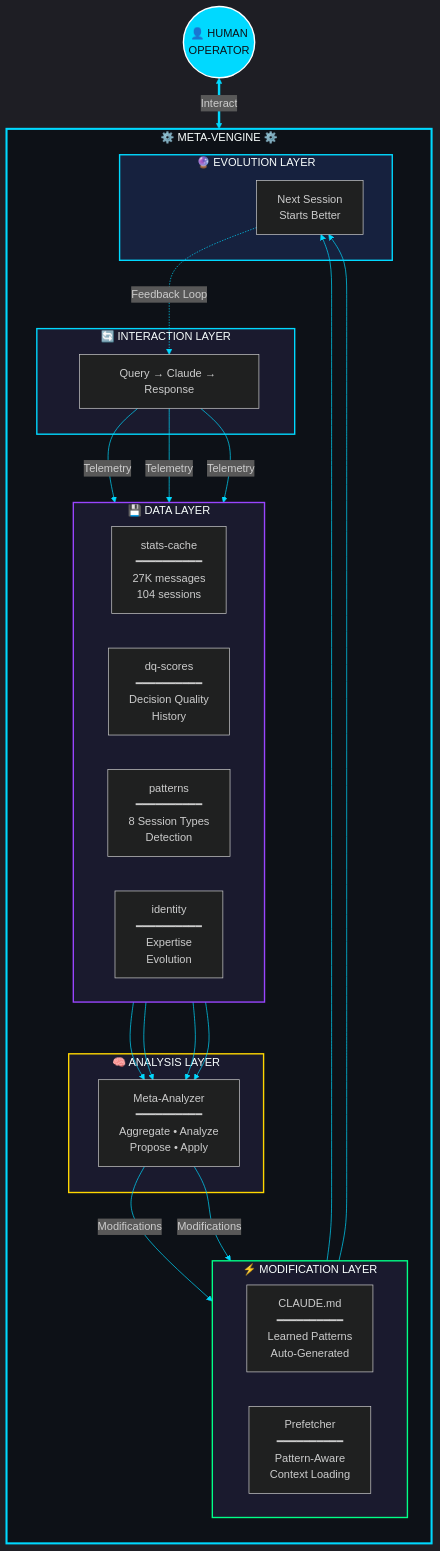
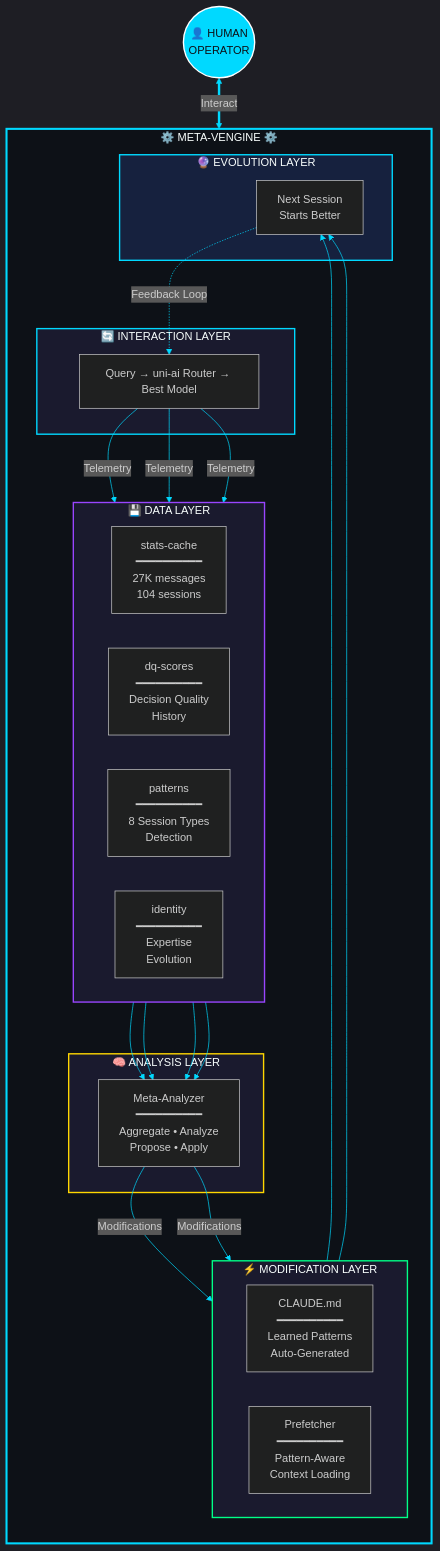
One commit to Dicoangelo/meta-vengine changed the diagram in README.md. Above: the diagram before and after it, drawn with Mermaid. The commit also changed other lines of this file, not shown here.

````diff
--- a/README.md
+++ b/README.md
@@ -70,57 +73,57 @@
 ```mermaid
 %%{init: {'theme': 'dark', 'themeVariables': { 'primaryColor': '#00d9ff', 'primaryTextColor': '#fff', 'primaryBorderColor': '#00d9ff', 'lineColor': '#00d9ff', 'secondaryColor': '#1a1a2e', 'tertiaryColor': '#0d1117', 'clusterBkg': '#0d1117', 'clusterBorder': '#00d9ff'}}}%%
 flowchart TB
     subgraph METAVENGINE["⚙️ META-VENGINE ⚙️"]
         direction TB
 
         subgraph INTERACTION["🔄 INTERACTION LAYER"]
-            QUERY["Query → Claude → Response"]
+            QUERY["Query → uni-ai Router → Best Model"]
         end
 
         subgraph DATA["💾 DATA LAYER"]
             direction LR
             STATS["stats-cache\n━━━━━━━━━━\n27K messages\n104 sessions"]
             DQ["dq-scores\n━━━━━━━━━━\nDecision Quality\nHistory"]
             PATTERNS["patterns\n━━━━━━━━━━\n8 Session Types\nDetection"]
             IDENTITY["identity\n━━━━━━━━━━\nExpertise\nEvolution"]
         end
 
         subgraph ANALYSIS["🧠 ANALYSIS LAYER"]
             META["Meta-Analyzer\n━━━━━━━━━━\nAggregate • Analyze\nPropose • Apply"]
         end
 
         subgraph MODIFICATION["⚡ MODIFICATION LAYER"]
             direction LR
             CLAUDE_MD["CLAUDE.md\n━━━━━━━━━━\nLearned Patterns\nAuto-Generated"]
             PREFETCH["Prefetcher\n━━━━━━━━━━\nPattern-Aware\nContext Loading"]
         end
 
         subgraph EVOLUTION["🔮 EVOLUTION LAYER"]
             NEXT["Next Session\nStarts Better"]
         end
     end
 
     HUMAN(("👤 HUMAN\nOPERATOR"))
 
     HUMAN <==>|"Interact"| QUERY
     QUERY -->|"Telemetry"| STATS
     QUERY -->|"Telemetry"| DQ
     QUERY -->|"Telemetry"| PATTERNS
     STATS --> META
     DQ --> META
     PATTERNS --> META
     IDENTITY --> META
     META -->|"Modifications"| CLAUDE_MD
     META -->|"Modifications"| PREFETCH
     CLAUDE_MD --> NEXT
     PREFETCH --> NEXT
     NEXT -.->|"Feedback Loop"| QUERY
 
     style METAVENGINE fill:#0d1117,stroke:#00d9ff,stroke-width:3px
     style INTERACTION fill:#1a1a2e,stroke:#00d9ff,stroke-width:2px
     style DATA fill:#1a1a2e,stroke:#9945ff,stroke-width:2px
     style ANALYSIS fill:#1a1a2e,stroke:#ffd700,stroke-width:2px
     style MODIFICATION fill:#1a1a2e,stroke:#00ff88,stroke-width:2px
     style EVOLUTION fill:#16213e,stroke:#00d9ff,stroke-width:2px
     style HUMAN fill:#00d9ff,stroke:#fff,stroke-width:2px,color:#0d1117
 ```
````
